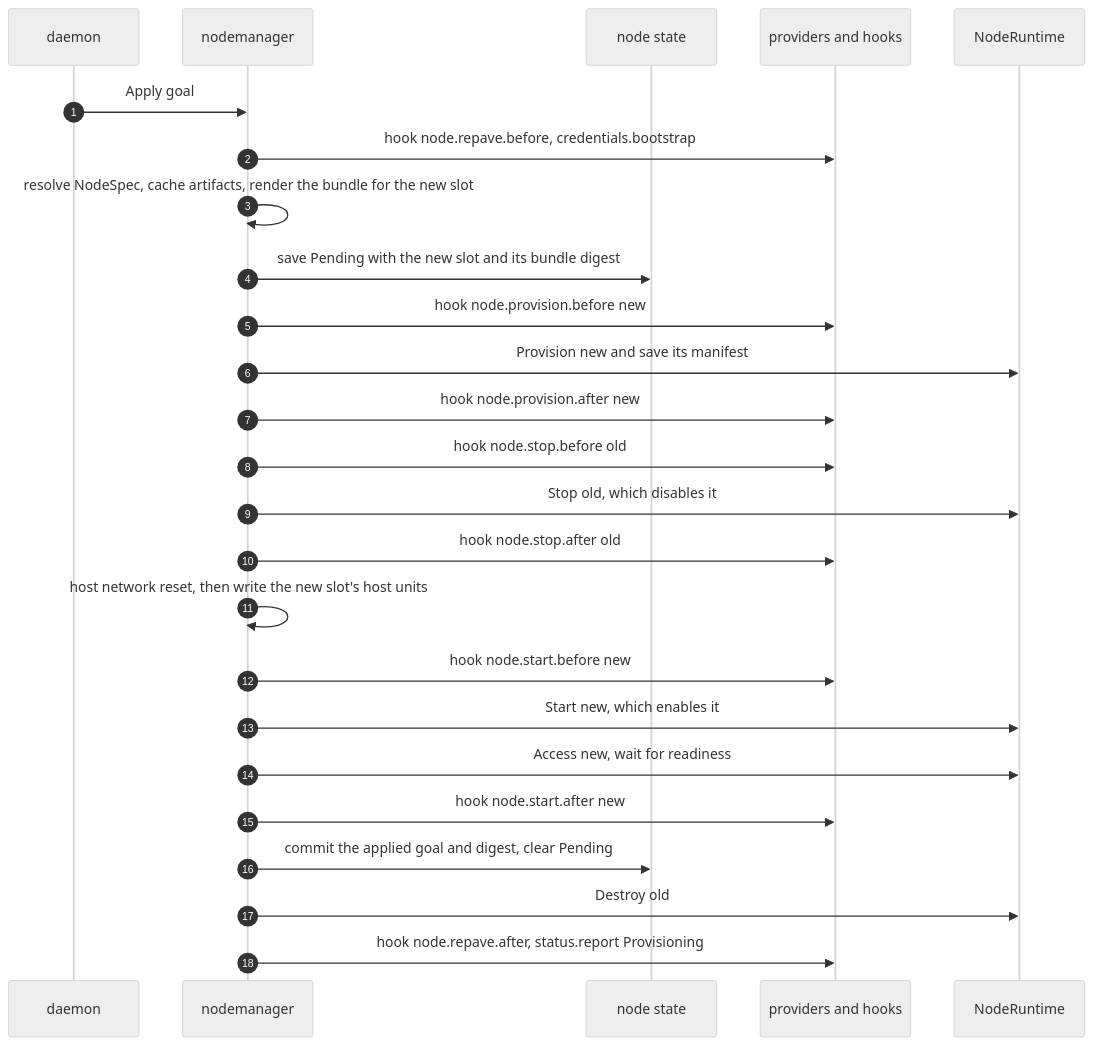
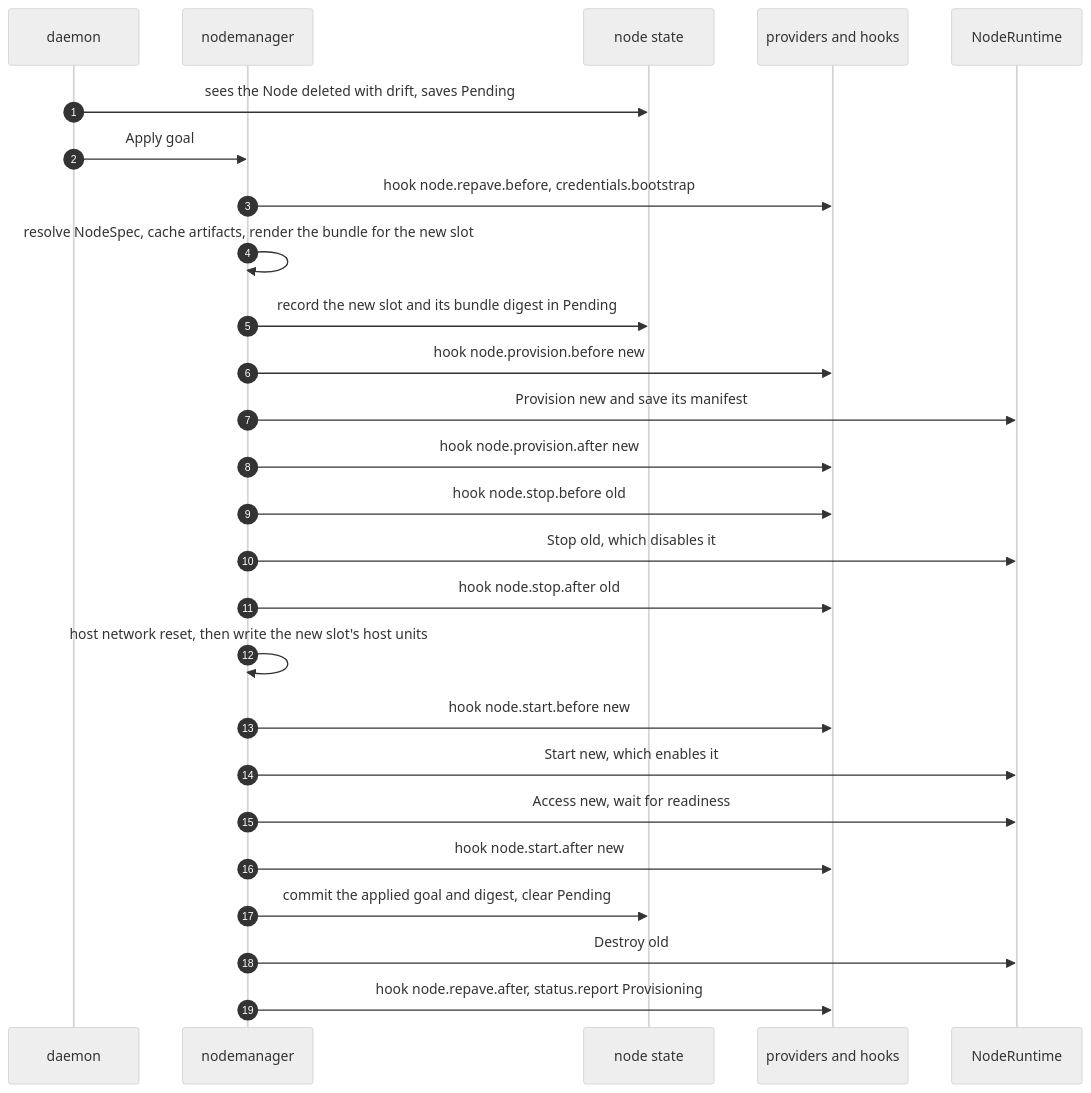
Before and after one commit to Azure/unbounded: the second of 5 diagrams in designs/agent-v2/05-lifecycles.md, drawn with Mermaid (neutral theme). The commit also changed other lines of this file and 7 other files, not shown here.

````diff
--- a/designs/agent-v2/05-lifecycles.md
+++ b/designs/agent-v2/05-lifecycles.md
@@ -51,27 +51,28 @@
 ```mermaid
 sequenceDiagram
   autonumber
   participant D as daemon
   participant NM as nodemanager
   participant St as node state
   participant Px as providers and hooks
   participant RT as NodeRuntime
+  D->>St: sees the Node deleted with drift, saves Pending
   D->>NM: Apply goal
   NM->>Px: hook node.repave.before, credentials.bootstrap
   NM->>NM: resolve NodeSpec, cache artifacts, render the bundle for the new slot
-  NM->>St: save Pending with the new slot and its bundle digest
+  NM->>St: record the new slot and its bundle digest in Pending
   NM->>Px: hook node.provision.before new
   NM->>RT: Provision new and save its manifest
   NM->>Px: hook node.provision.after new
   NM->>Px: hook node.stop.before old
   NM->>RT: Stop old, which disables it
   NM->>Px: hook node.stop.after old
   NM->>NM: host network reset, then write the new slot's host units
   NM->>Px: hook node.start.before new
   NM->>RT: Start new, which enables it
   NM->>RT: Access new, wait for readiness
   NM->>Px: hook node.start.after new
   NM->>St: commit the applied goal and digest, clear Pending
   NM->>RT: Destroy old
   NM->>Px: hook node.repave.after, status.report Provisioning
 ```
````
